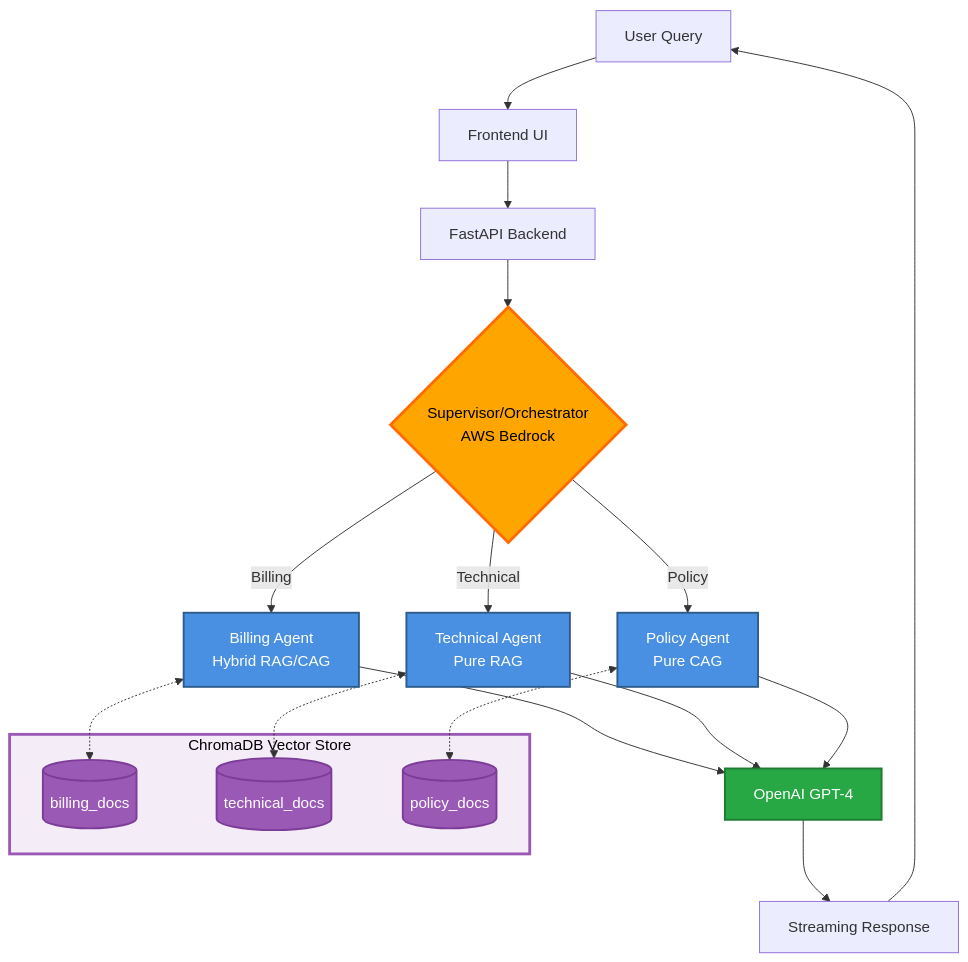
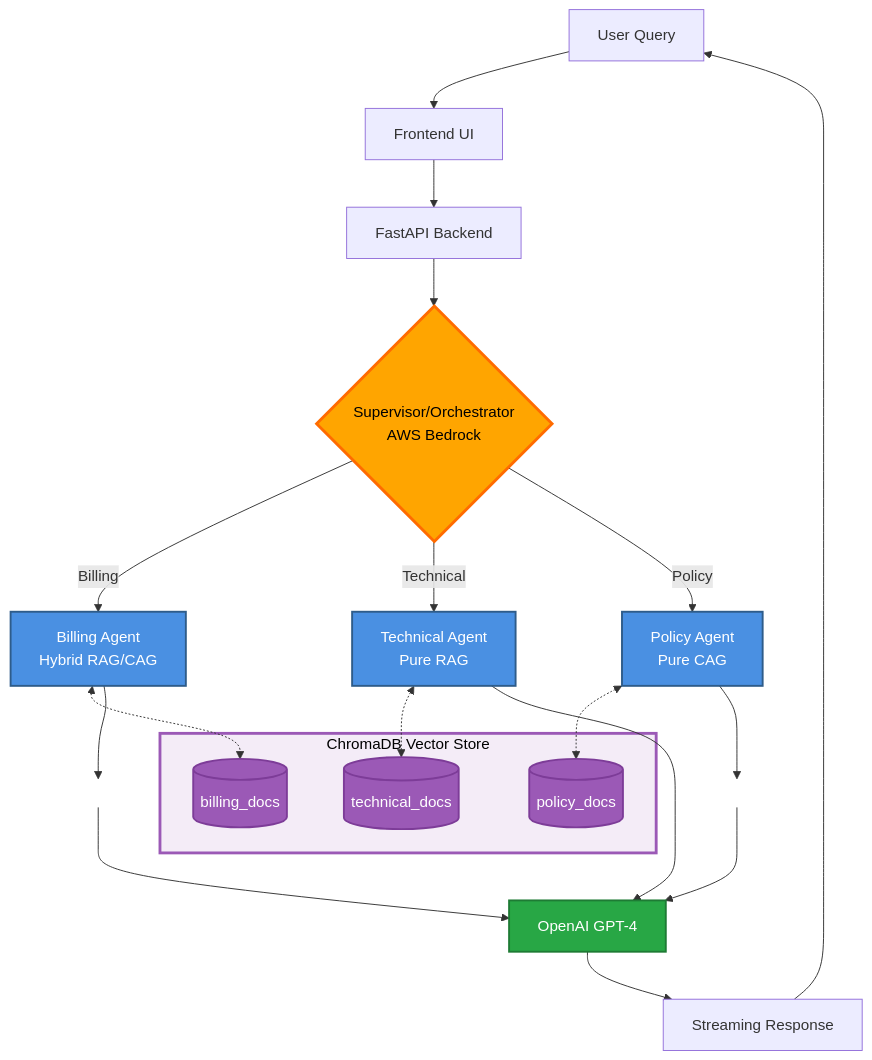
The diagram in README.md (fly2safa/multi-agent-customer-service), drawn with Mermaid before and after one commit.

Commit message:
docs: fix arrow routing with invisible waypoint nodes
- Added invisible routing nodes to prevent arrows from crossing boxes

- Billing Agent and Policy Agent now route through invisible nodes

- Ensures clean arrow paths to OpenAI without overlapping Technical Agent

````diff
--- a/README.md
+++ b/README.md
@@ -18,35 +18,39 @@
 ```mermaid
 graph TB
     A[User Query] --> B[Frontend UI]
     B --> C[FastAPI Backend]
     C --> D{Supervisor/Orchestrator<br/>AWS Bedrock}
     D -->|Billing| E[Billing Agent<br/>Hybrid RAG/CAG]
     D -->|Technical| F[Technical Agent<br/>Pure RAG]
     D -->|Policy| G[Policy Agent<br/>Pure CAG]
     
     E <-.-> K[(billing_docs)]
     F <-.-> L[(technical_docs)]
     G <-.-> M[(policy_docs)]
     
     subgraph ChromaDB[" ChromaDB Vector Store "]
         K
         L
         M
     end
     
-    E --> H[OpenAI GPT-4]
-    F --> H
-    G --> H
+    E --> N[ ]
+    F --> H[OpenAI GPT-4]
+    G --> O[ ]
+    N --> H
+    O --> H
     H --> I[Streaming Response]
     I --> A
     
     style D fill:#FFA500,stroke:#FF6B00,stroke-width:3px,color:#000
     style E fill:#4A90E2,stroke:#2E5C8A,stroke-width:2px,color:#FFF
     style F fill:#4A90E2,stroke:#2E5C8A,stroke-width:2px,color:#FFF
     style G fill:#4A90E2,stroke:#2E5C8A,stroke-width:2px,color:#FFF
     style H fill:#28A745,stroke:#1E7B34,stroke-width:2px,color:#FFF
     style ChromaDB fill:#F4ECF7,stroke:#9B59B6,stroke-width:3px,color:#000
     style K fill:#9B59B6,stroke:#7D3C98,stroke-width:2px,color:#FFF
     style L fill:#9B59B6,stroke:#7D3C98,stroke-width:2px,color:#FFF
     style M fill:#9B59B6,stroke:#7D3C98,stroke-width:2px,color:#FFF
+    style N fill:none,stroke:none
+    style O fill:none,stroke:none
 ```
````
